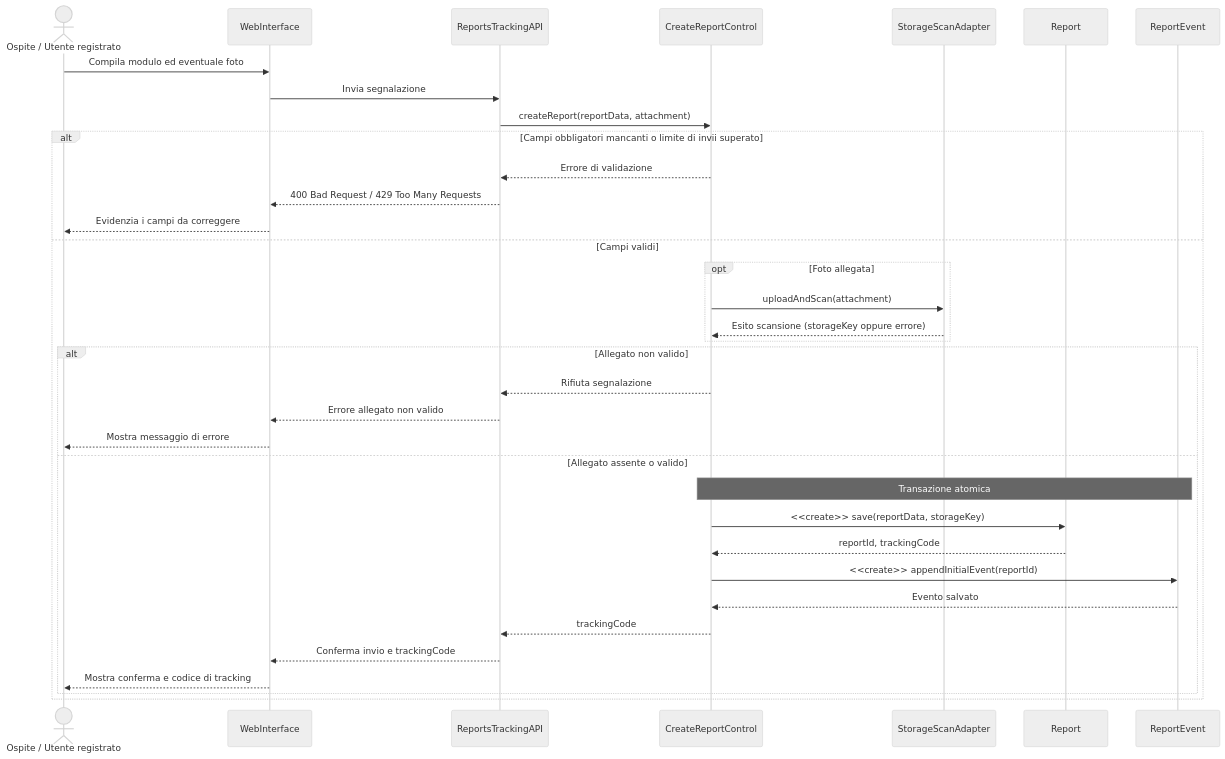
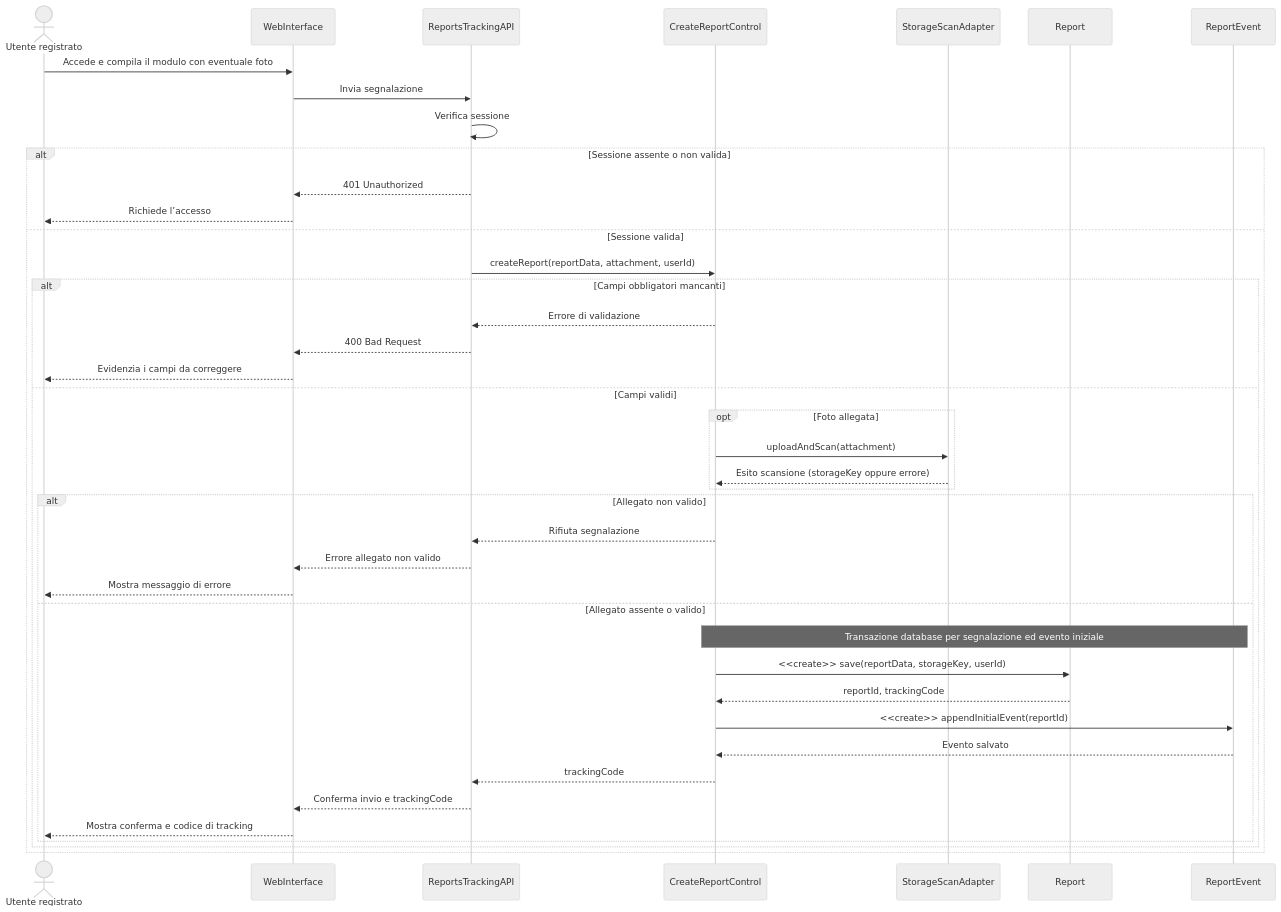
Before and after one commit to kairosci/aegis: the fifth of 12 diagrams in docs/RAD.md, drawn with Mermaid (neutral theme). The commit also changed other lines of this file and 1 other file, not shown here.

Commit message:
docs: align report access and complete SDD design (#12)

````diff
--- a/docs/RAD.md
+++ b/docs/RAD.md
@@ -624,37 +625,43 @@
 ```mermaid
 sequenceDiagram
-  actor U as Ospite / Utente registrato
+  actor U as Utente registrato
   participant UI as WebInterface
   participant API as ReportsTrackingAPI
   participant UC as CreateReportControl
   participant ST as StorageScanAdapter
   participant R as Report
   participant E as ReportEvent
-  U->>UI: Compila modulo ed eventuale foto
+  U->>UI: Accede e compila il modulo con eventuale foto
   UI->>API: Invia segnalazione
-  API->>UC: createReport(reportData, attachment)
-  alt Campi obbligatori mancanti o limite di invii superato
-    UC-->>API: Errore di validazione
-    API-->>UI: 400 Bad Request / 429 Too Many Requests
-    UI-->>U: Evidenzia i campi da correggere
-  else Campi validi
-    opt Foto allegata
-      UC->>ST: uploadAndScan(attachment)
-      ST-->>UC: Esito scansione (storageKey oppure errore)
-    end
-    alt Allegato non valido
-      UC-->>API: Rifiuta segnalazione
-      API-->>UI: Errore allegato non valido
-      UI-->>U: Mostra messaggio di errore
-    else Allegato assente o valido
-      Note over UC,E: Transazione atomica
-      UC->>R: <<create>> save(reportData, storageKey)
-      R-->>UC: reportId, trackingCode
-      UC->>E: <<create>> appendInitialEvent(reportId)
-      E-->>UC: Evento salvato
-      UC-->>API: trackingCode
-      API-->>UI: Conferma invio e trackingCode
-      UI-->>U: Mostra conferma e codice di tracking
+  API->>API: Verifica sessione
+  alt Sessione assente o non valida
+    API-->>UI: 401 Unauthorized
+    UI-->>U: Richiede l’accesso
+  else Sessione valida
+    API->>UC: createReport(reportData, attachment, userId)
+    alt Campi obbligatori mancanti
+      UC-->>API: Errore di validazione
+      API-->>UI: 400 Bad Request
+      UI-->>U: Evidenzia i campi da correggere
+    else Campi validi
+      opt Foto allegata
+        UC->>ST: uploadAndScan(attachment)
+        ST-->>UC: Esito scansione (storageKey oppure errore)
+      end
+      alt Allegato non valido
+        UC-->>API: Rifiuta segnalazione
+        API-->>UI: Errore allegato non valido
+        UI-->>U: Mostra messaggio di errore
+      else Allegato assente o valido
+        Note over UC,E: Transazione database per segnalazione ed evento iniziale
+        UC->>R: <<create>> save(reportData, storageKey, userId)
+        R-->>UC: reportId, trackingCode
+        UC->>E: <<create>> appendInitialEvent(reportId)
+        E-->>UC: Evento salvato
+        UC-->>API: trackingCode
+        API-->>UI: Conferma invio e trackingCode
+        UI-->>U: Mostra conferma e codice di tracking
+      end
     end
   end
 ```
````
